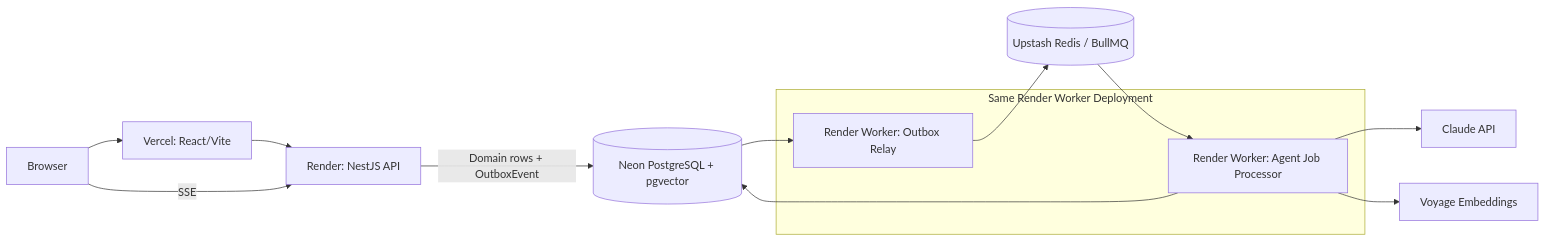
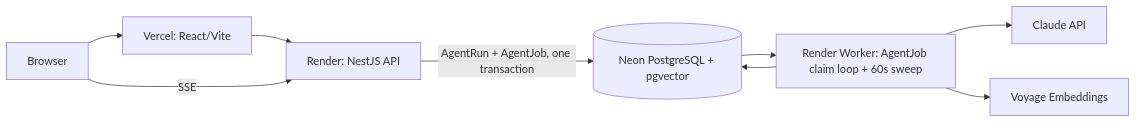
One commit to wye-ts/opspilot changed the tenth of 10 diagrams in docs/03-technical-design.md. Above: the diagram before and after it, drawn with Mermaid. The commit also changed other lines of this file and 4 other files, not shown here.

````diff
--- a/docs/03-technical-design.md
+++ b/docs/03-technical-design.md
@@ -2086,18 +2432,11 @@
 ```mermaid
 flowchart LR
     Browser --> Vercel[Vercel: React/Vite]
     Vercel --> RenderAPI[Render: NestJS API]
     Browser -->|SSE| RenderAPI
-    RenderAPI -->|Domain rows + OutboxEvent| Neon[(Neon PostgreSQL + pgvector)]
-    Neon --> Relay[Render Worker: Outbox Relay]
-    Relay --> Upstash[(Upstash Redis / BullMQ)]
-    Upstash --> Processor[Render Worker: Agent Job Processor]
-    Processor --> Neon
-    Processor --> Claude[Claude API]
-    Processor --> Voyage[Voyage Embeddings]
-
-    subgraph RenderWorker[Same Render Worker Deployment]
-        Relay
-        Processor
-    end
+    RenderAPI -->|AgentRun + AgentJob, one transaction| Neon[(Neon PostgreSQL + pgvector)]
+    Neon --> RenderWorker[Render Worker: AgentJob claim loop + 60s sweep]
+    RenderWorker --> Neon
+    RenderWorker --> Claude[Claude API]
+    RenderWorker --> Voyage[Voyage Embeddings]
 ```
````
